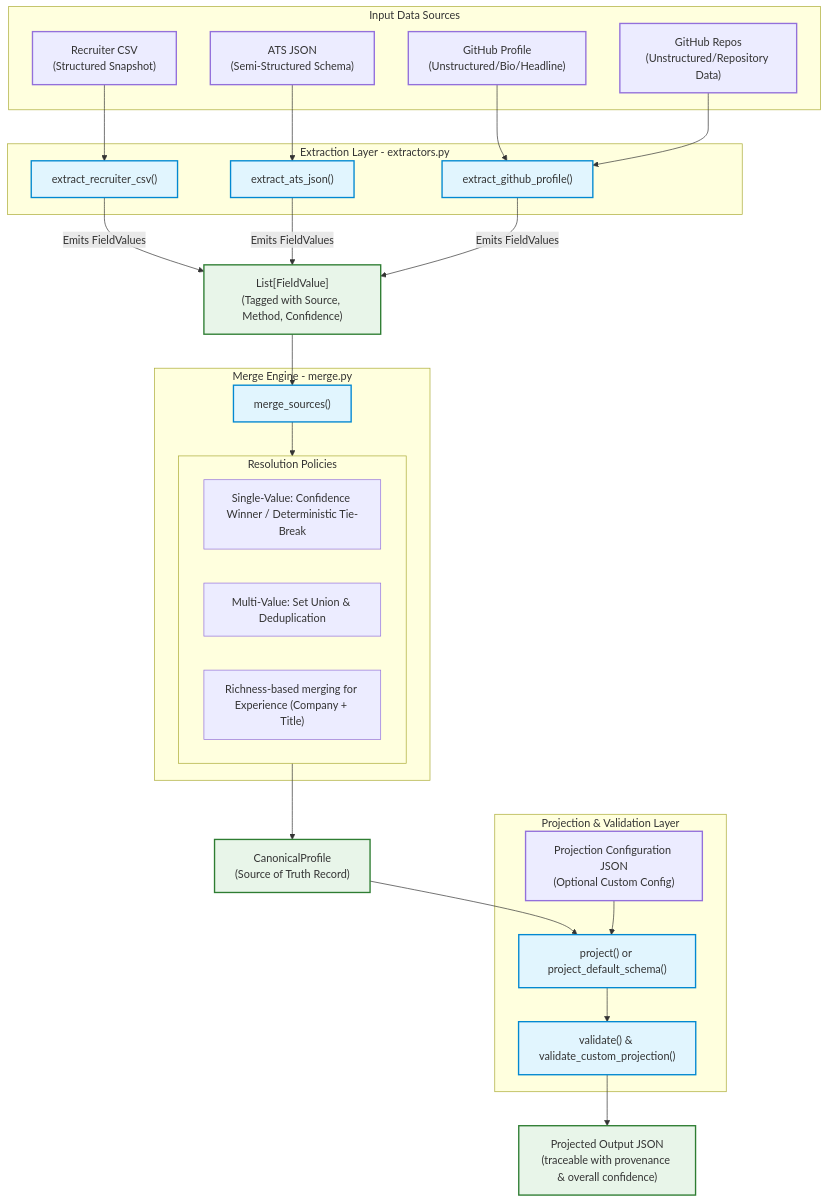
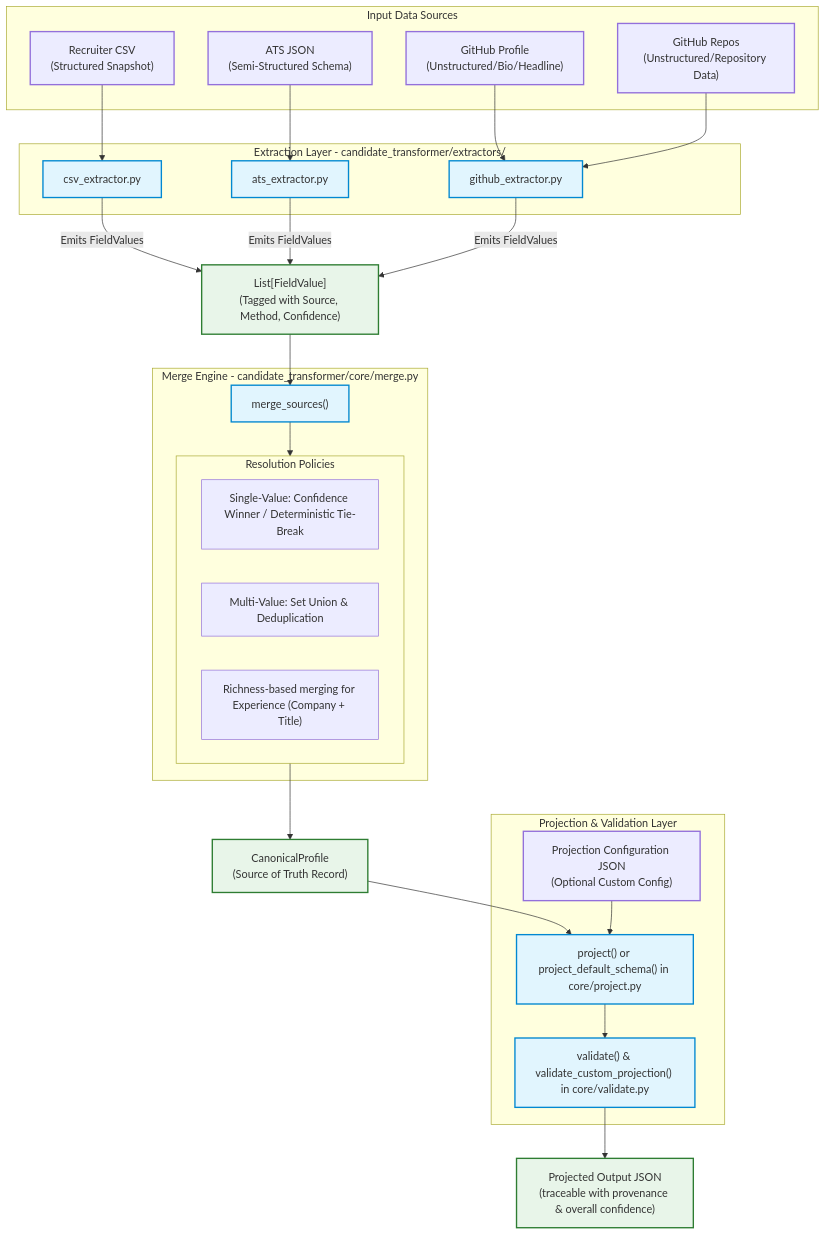
One commit to ramalokeshreddyp/Candidate-Data-Transformer changed the diagram in architecture.md. Above: the diagram before and after it, drawn with Mermaid. The commit also changed other lines of this file and 20 other files, not shown here.

````diff
--- a/architecture.md
+++ b/architecture.md
@@ -22,66 +22,66 @@
 ```mermaid
 graph TD
     %% Define Styles
     classDef sourceStyle fill:#ececff,stroke:#9370db,stroke-width:2px;
     classDef logicStyle fill:#e1f5fe,stroke:#0288d1,stroke-width:2px;
     classDef dataStyle fill:#e8f5e9,stroke:#2e7d32,stroke-width:2px;
     
     %% Inputs
     subgraph Sources [Input Data Sources]
         CSV["Recruiter CSV<br/>(Structured Snapshot)"]:::sourceStyle
         ATS["ATS JSON<br/>(Semi-Structured Schema)"]:::sourceStyle
         GH_Profile["GitHub Profile<br/>(Unstructured/Bio/Headline)"]:::sourceStyle
         GH_Repos["GitHub Repos<br/>(Unstructured/Repository Data)"]:::sourceStyle
     end
 
     %% Parsing & Extraction
-    subgraph Extraction [Extraction Layer - extractors.py]
-        Ex_CSV["extract_recruiter_csv()"]:::logicStyle
-        Ex_ATS["extract_ats_json()"]:::logicStyle
-        Ex_GH["extract_github_profile()"]:::logicStyle
+    subgraph Extraction [Extraction Layer - candidate_transformer/extractors/]
+        Ex_CSV["csv_extractor.py"]:::logicStyle
+        Ex_ATS["ats_extractor.py"]:::logicStyle
+        Ex_GH["github_extractor.py"]:::logicStyle
     end
     
     CSV --> Ex_CSV
     ATS --> Ex_ATS
     GH_Profile --> Ex_GH
     GH_Repos --> Ex_GH
     
     %% Intermediate representation
     FV_List["List[FieldValue]<br/>(Tagged with Source, Method, Confidence)"]:::dataStyle
     
     Ex_CSV -->|Emits FieldValues| FV_List
     Ex_ATS -->|Emits FieldValues| FV_List
     Ex_GH -->|Emits FieldValues| FV_List
 
     %% Merge Engine
-    subgraph MergeEngine [Merge Engine - merge.py]
+    subgraph MergeEngine [Merge Engine - candidate_transformer/core/merge.py]
         ME["merge_sources()"]:::logicStyle
         subgraph Policies [Resolution Policies]
             SV["Single-Value: Confidence Winner / Deterministic Tie-Break"]
             MV["Multi-Value: Set Union & Deduplication"]
             EXP["Richness-based merging for Experience (Company + Title)"]
         end
     end
     
     FV_List --> ME
     ME --> Policies
     
     %% Canonical Profile
     CP["CanonicalProfile<br/>(Source of Truth Record)"]:::dataStyle
     Policies --> CP
     
     %% Projection & Validation
     subgraph ProjectionAndValidation [Projection & Validation Layer]
-        PL["project() or project_default_schema()"]:::logicStyle
-        VL["validate() & validate_custom_projection()"]:::logicStyle
+        PL["project() or project_default_schema() in core/project.py"]:::logicStyle
+        VL["validate() & validate_custom_projection() in core/validate.py"]:::logicStyle
         Config["Projection Configuration JSON<br/>(Optional Custom Config)"]:::sourceStyle
     end
     
     CP --> PL
     Config --> PL
     PL --> VL
     
     %% Output
     FinalJSON["Projected Output JSON<br/>(traceable with provenance & overall confidence)"]:::dataStyle
     VL --> FinalJSON
 ```
````
